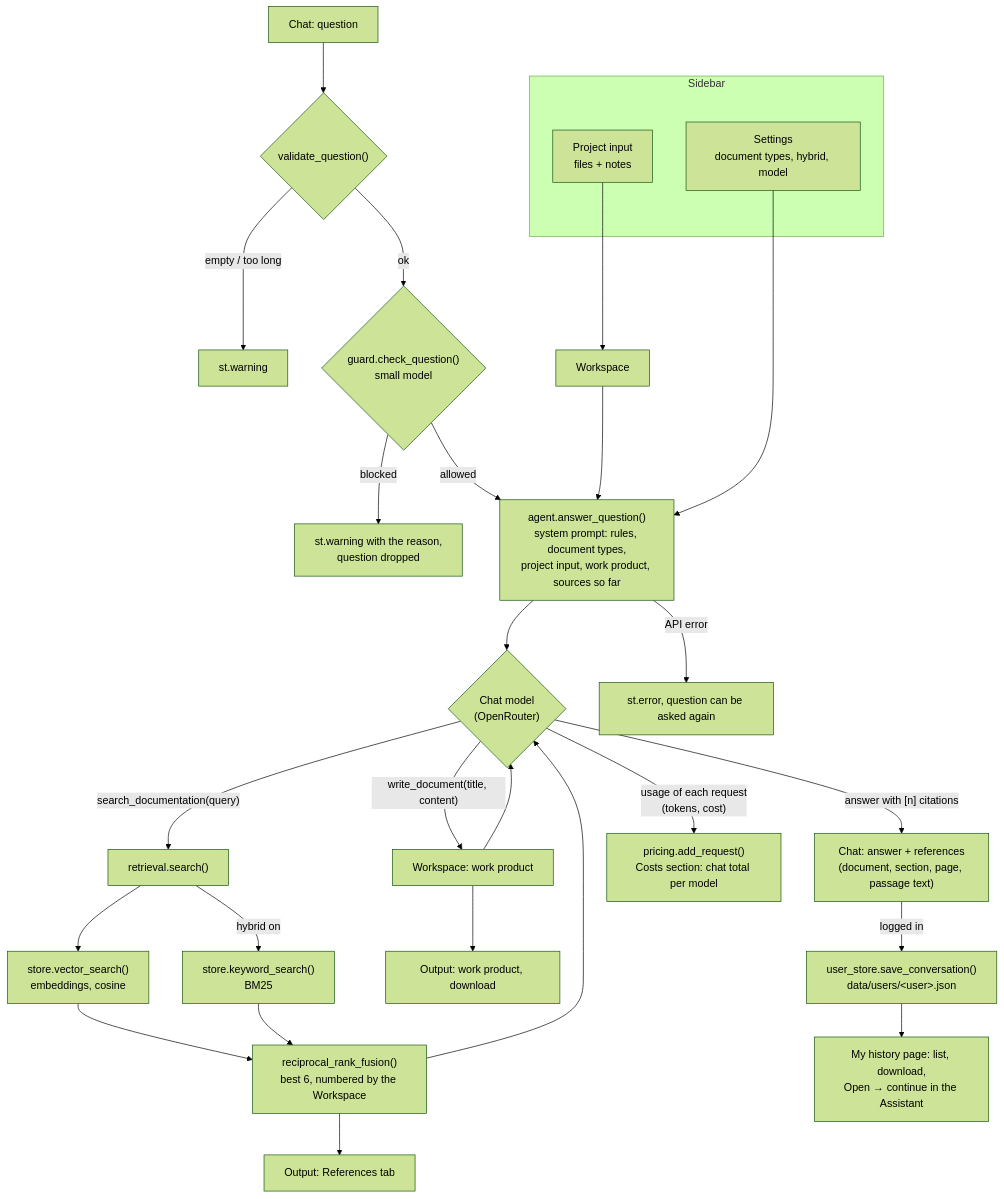
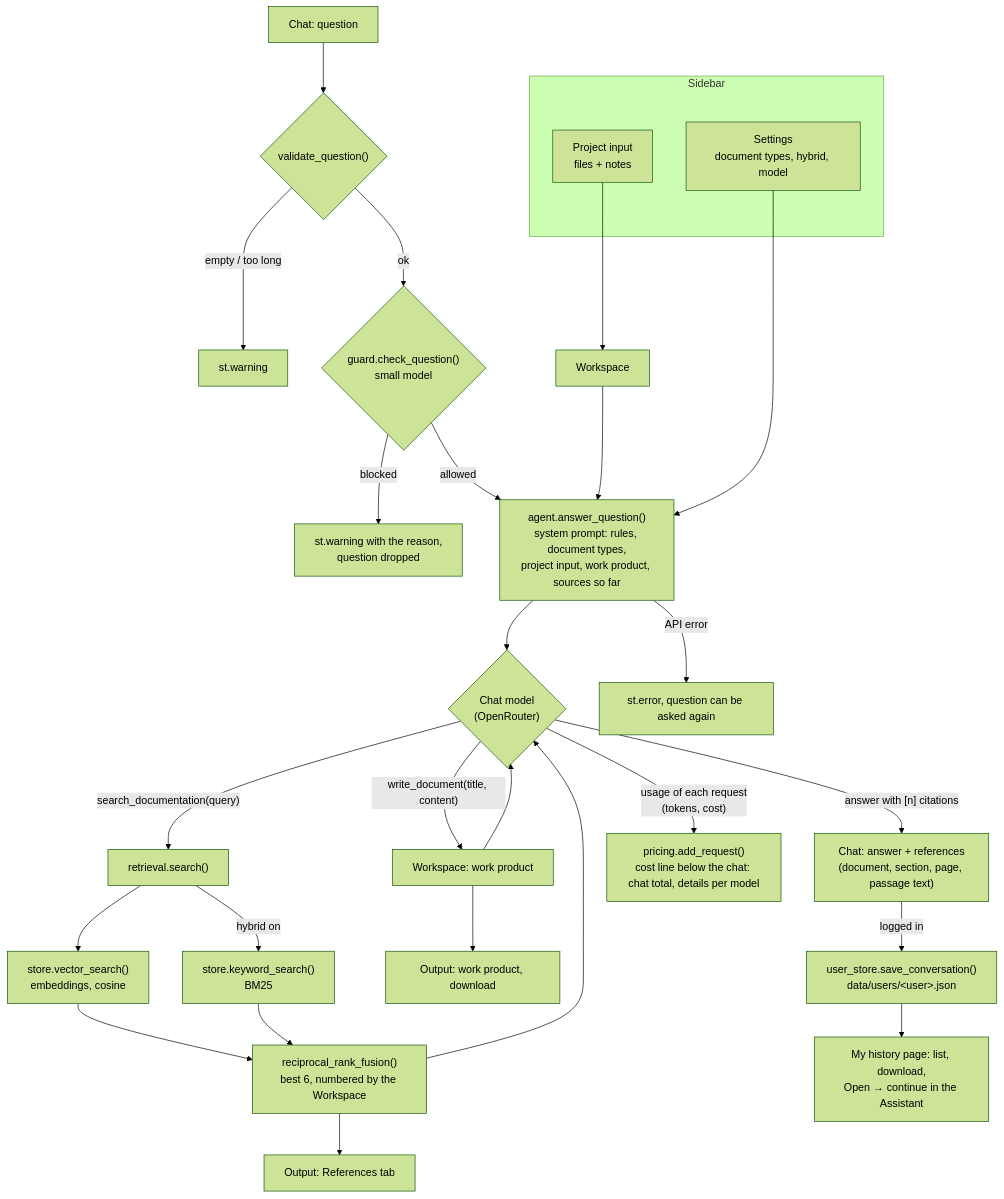
One commit to scanyameres/Mod2_RAG changed the diagram in docs/Architecture.md. Above: the diagram before and after it, drawn with Mermaid (forest theme). The commit also changed other lines of this file and 10 other files, not shown here.

````diff
--- a/docs/Architecture.md
+++ b/docs/Architecture.md
@@ -136,31 +137,31 @@
 ```mermaid
 flowchart TD
     subgraph Sidebar
         PI["Project input<br/>files + notes"]
         SE["Settings<br/>document types, hybrid, model"]
     end
     Q["Chat: question"] --> V{"validate_question()"}
     V -- "empty / too long" --> W["st.warning"]
     V -- ok --> G{"guard.check_question()<br/>small model"}
     G -- blocked --> GW["st.warning with the reason,<br/>question dropped"]
     G -- allowed --> A["agent.answer_question()<br/>system prompt: rules, document types,<br/>project input, work product, sources so far"]
     PI --> WS["Workspace"]
     WS --> A
     SE --> A
     A --> M{"Chat model<br/>(OpenRouter)"}
     M -- "search_documentation(query)" --> R["retrieval.search()"]
     R --> VS["store.vector_search()<br/>embeddings, cosine"]
     R -- "hybrid on" --> KS["store.keyword_search()<br/>BM25"]
     VS --> F["reciprocal_rank_fusion()<br/>best 6, numbered by the Workspace"]
     KS --> F
     F --> M
     M -- "write_document(title, content)" --> D["Workspace: work product"]
     D --> M
     M -- "answer with [n] citations" --> C["Chat: answer + references<br/>(document, section, page, passage text)"]
     D --> O["Output: work product, download"]
     F --> O2["Output: References tab"]
     A -- "API error" --> E["st.error, question can be asked again"]
-    M -- "usage of each request<br/>(tokens, cost)" --> P["pricing.add_request()<br/>Costs section: chat total per model"]
+    M -- "usage of each request<br/>(tokens, cost)" --> P["pricing.add_request()<br/>cost line below the chat: chat total, details per model"]
     C -- "logged in" --> H["user_store.save_conversation()<br/>data/users/&lt;user&gt;.json"]
     H --> MH["My history page: list, download,<br/>Open → continue in the Assistant"]
 ```
````
